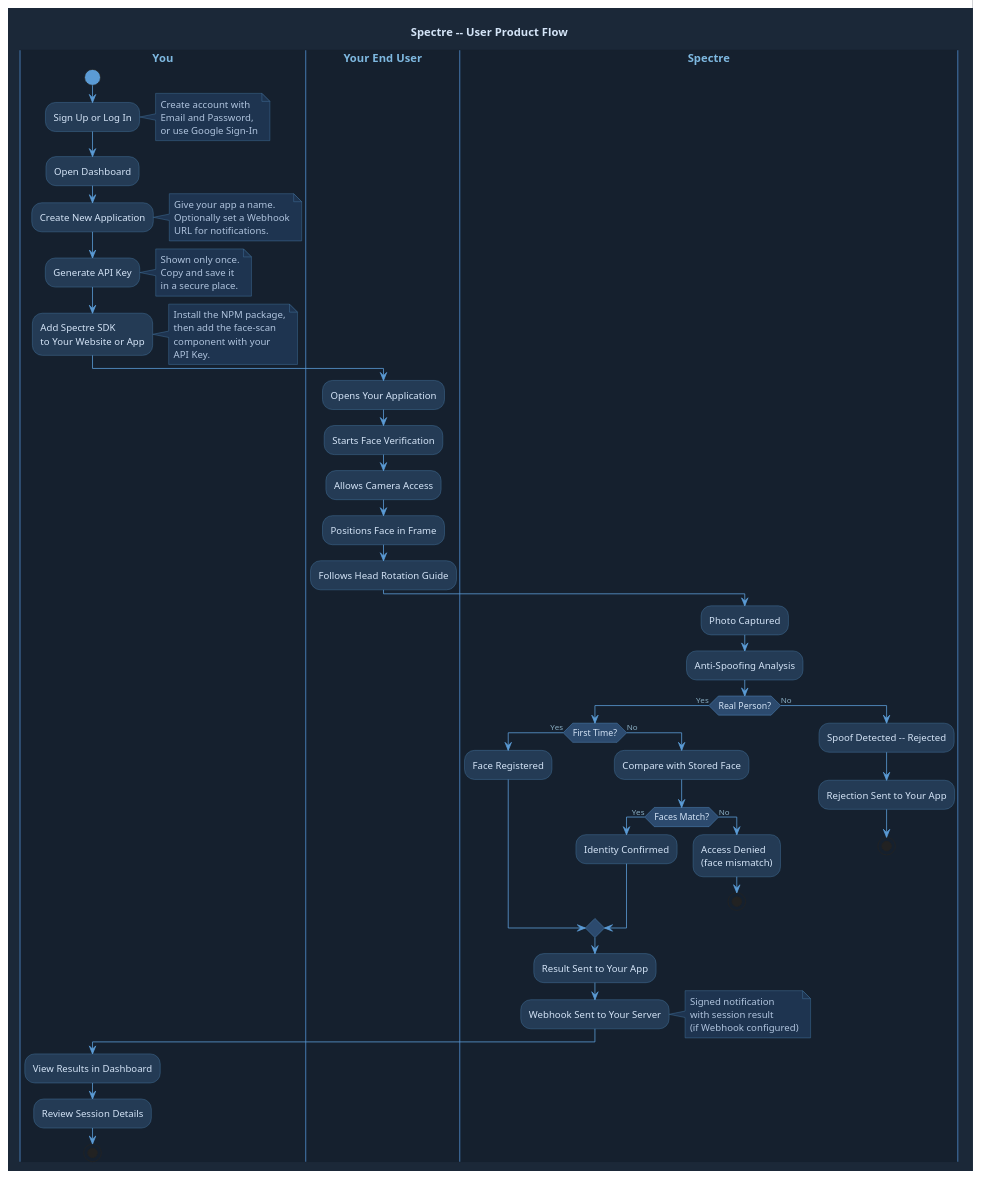
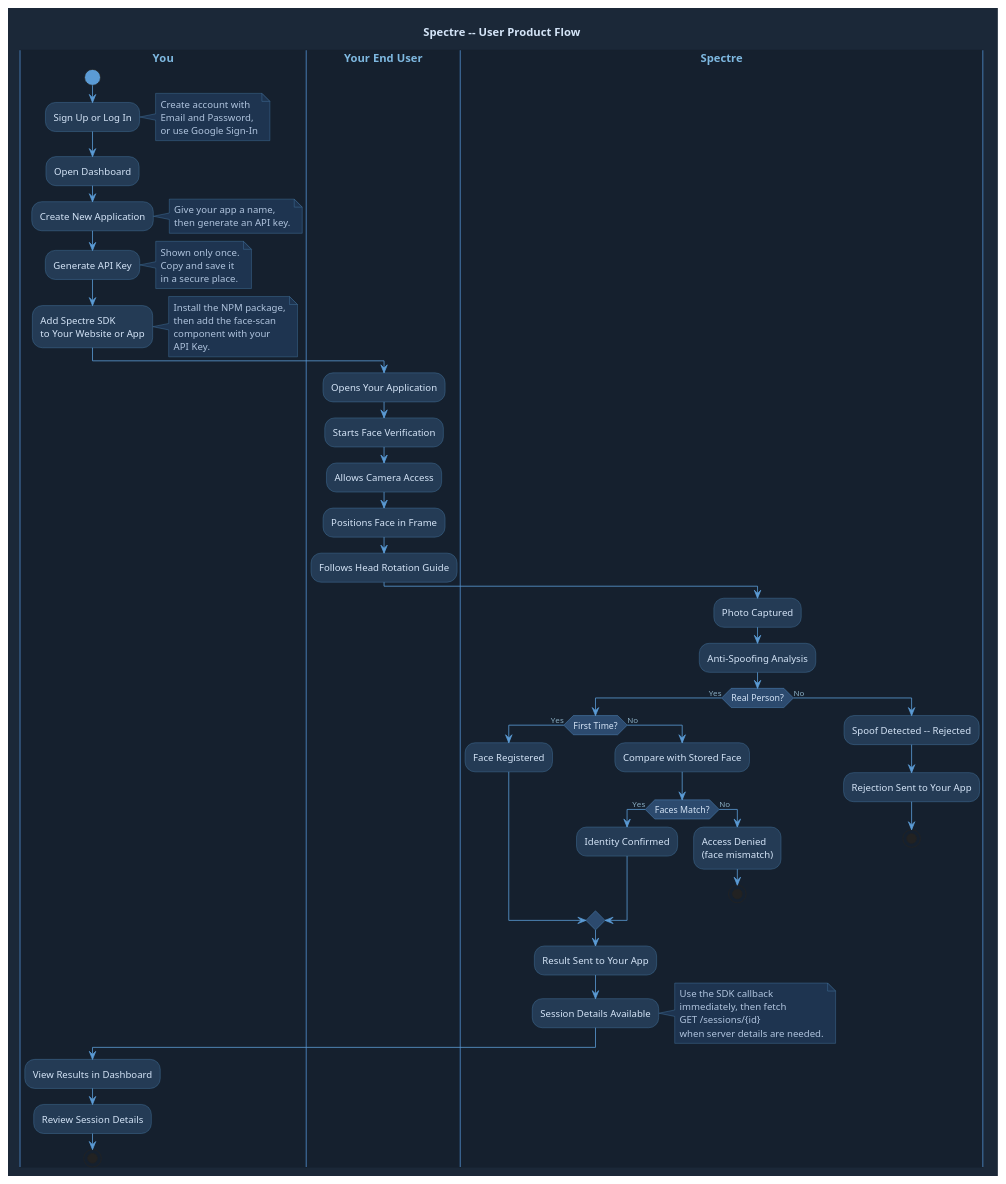
Before and after one commit to fadhiilahahmadzikri/spectre-backend: the diagram in diagrams/01_user_product_flow.puml, drawn with PlantUML. The commit also changed 19 other files, not shown here.

Commit message:
docs: sync architecture after webhook removal

```diff
--- a/diagrams/01_user_product_flow.puml
+++ b/diagrams/01_user_product_flow.puml
@@ -1,123 +1,123 @@
 @startuml 01_user_product_flow
 
 ' ============================================================
 ' Spectre | User Product Flow
 ' Journey from Sign Up to Face Verification Result
 ' Audience: Non-technical / Business Users
 ' ============================================================
 
 ' -- Blueprint Style --
 skinparam backgroundColor #1B2838
 skinparam shadowing false
 skinparam defaultFontName SansSerif
 skinparam defaultFontColor #D4E4F7
 skinparam defaultFontSize 12
 
 skinparam ActivityBackgroundColor #243B55
 skinparam ActivityBorderColor #4A7FAD
 skinparam ActivityFontColor #D4E4F7
 skinparam ActivityFontSize 12
 skinparam ActivityBarColor #5B9BD5
 
 skinparam ActivityDiamondBackgroundColor #2C4A6E
 skinparam ActivityDiamondBorderColor #5B9BD5
 skinparam ActivityDiamondFontColor #D4E4F7
 skinparam ActivityDiamondFontSize 11
 
 skinparam ArrowColor #5B9BD5
 skinparam ArrowFontColor #8BAFC4
 skinparam ArrowFontSize 10
 
 skinparam NoteBackgroundColor #1E3450
 skinparam NoteBorderColor #4A7FAD
 skinparam NoteFontColor #B0C4DE
 
 skinparam swimlaneBorderColor #3E6B9B
 skinparam swimlaneTitleFontColor #7EB8E0
 skinparam swimlaneTitleFontSize 14
 skinparam swimlaneTitleFontStyle bold
 
 skinparam ActivityStartColor #5B9BD5
 skinparam ActivityEndColor #5B9BD5
 
 title **Spectre -- User Product Flow**
 
 |#15202E| You |
 start
 
 :Sign Up or Log In;
 note right
   Create account with
   Email and Password,
   or use Google Sign-In
 end note
 
 :Open Dashboard;
 
 :Create New Application;
 note right
-  Give your app a name.
-  Optionally set a Webhook
-  URL for notifications.
+  Give your app a name,
+  then generate an API key.
 end note
 
 :Generate API Key;
 note right
   Shown only once.
   Copy and save it
   in a secure place.
 end note
 
 :Add Spectre SDK\nto Your Website or App;
 note right
   Install the NPM package,
   then add the face-scan
   component with your
   API Key.
 end note
 
 |#15202E| Your End User |
 :Opens Your Application;
 :Starts Face Verification;
 :Allows Camera Access;
 :Positions Face in Frame;
 :Follows Head Rotation Guide;
 
 |#15202E| Spectre |
 :Photo Captured;
 :Anti-Spoofing Analysis;
 
 if (Real Person?) then (Yes)
   if (First Time?) then (Yes)
     :Face Registered;
   else (No)
     :Compare with Stored Face;
     if (Faces Match?) then (Yes)
       :Identity Confirmed;
     else (No)
       :Access Denied\n(face mismatch);
       stop
     endif
   endif
 
   :Result Sent to Your App;
-  :Webhook Sent to Your Server;
+  :Session Details Available;
   note right
-    Signed notification
-    with session result
-    (if Webhook configured)
+    Use the SDK callback
+    immediately, then fetch
+    GET /sessions/{id}
+    when server details are needed.
   end note
 
 else (No)
   :Spoof Detected -- Rejected;
   :Rejection Sent to Your App;
   stop
 endif
 
 |#15202E| You |
 :View Results in Dashboard;
 :Review Session Details;
 
 stop
 
 @enduml
```
